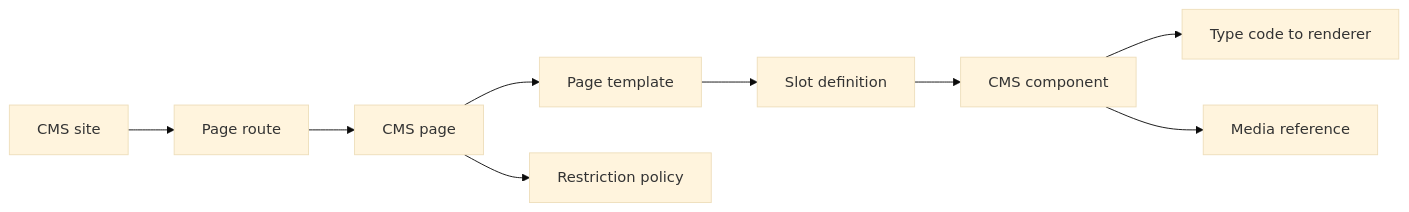
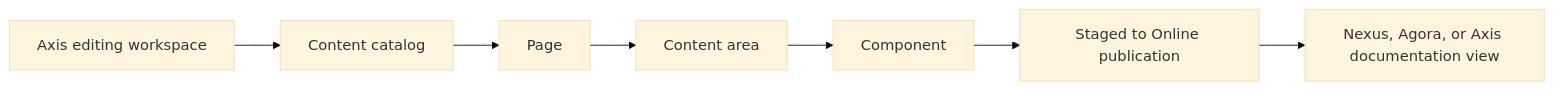
Before and after one commit to Nodics/nodics.ai: the diagram in nodics.docs/docs/pages/nodics.wcms/overview.md, drawn with Mermaid (base theme). The commit also changed other lines of this file and 92 other files, not shown here.

Commit message:
Refactor documentation publishing and content hierarchy

````diff
--- a/nodics.docs/docs/pages/nodics.wcms/overview.md
+++ b/nodics.docs/docs/pages/nodics.wcms/overview.md
@@ -427,11 +10,9 @@
 ```mermaid
 flowchart LR
-  Site["CMS site"] --> Route["Page route"]
-  Route --> Page["CMS page"]
-  Page --> Template["Page template"]
-  Template --> Slot["Slot definition"]
-  Slot --> Component["CMS component"]
-  Component --> Renderer["Type code to renderer"]
-  Component --> Media["Media reference"]
-  Page --> Restriction["Restriction policy"]
+  Axis["Axis editing workspace"] --> Catalog["Content catalog"]
+  Catalog --> Page["Page"]
+  Page --> Area["Content area"]
+  Area --> Component["Component"]
+  Component --> Publish["Staged to Online publication"]
+  Publish --> Nexus["Nexus, Agora, or Axis documentation view"]
 ```
````
